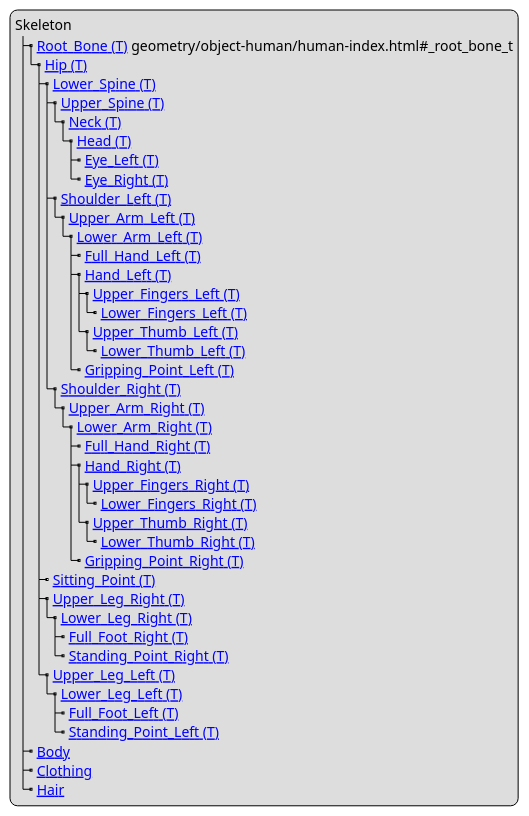
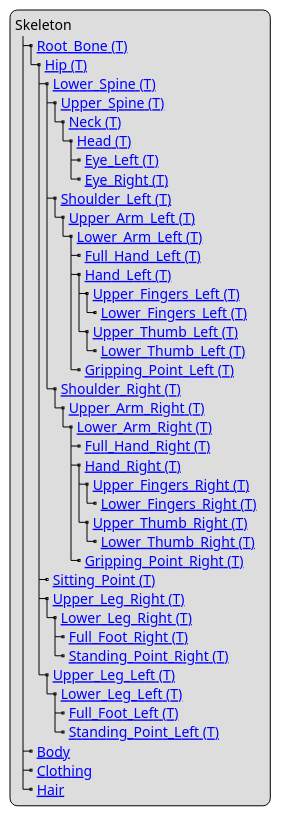
The diagram in content/geometry/object-human/human-model-structure.adoc (FKlopfer/OpenMATERIAL), drawn with PlantUML before and after one commit. The commit also changed 6 other files, not shown here.

```diff
--- a/content/geometry/object-human/human-model-structure.adoc
+++ b/content/geometry/object-human/human-model-structure.adoc
@@ -5,46 +5,46 @@
 [plantuml]
 ----
 legend
 Skeleton
-|_ [[../geometry/object-human/human-index.html#_root_bone_t Root_Bone (T)]] geometry/object-human/human-index.html#_root_bone_t
+|_ [[../geometry/object-human/human-index.html#_root_bone_t Root_Bone (T)]]
   |_ [[../geometry/object-human/human-index.html#_hip_t Hip (T)]]
     |_ [[../geometry/object-human/human-index.html#_lower_spine_t Lower_Spine (T)]]
       |_ [[../geometry/object-human/human-index.html#_upper_spine_t Upper_Spine (T)]]
         |_ [[../geometry/object-human/human-index.html#_neck_t Neck (T)]]
           |_ [[../geometry/object-human/human-index.html#_head_t Head (T)]]
             |_ [[../geometry/object-human/human-index.html#_eye_left_t Eye_Left (T)]]
             |_ [[../geometry/object-human/human-index.html#_eye_right_t Eye_Right (T)]]
       |_ [[../geometry/object-human/human-index.html#_shoulder_left_t Shoulder_Left (T)]]
         |_ [[../geometry/object-human/human-index.html#_upper_arm_left_t Upper_Arm_Left (T)]]
           |_ [[../geometry/object-human/human-index.html#_lower_arm_left_t Lower_Arm_Left (T)]]
             |_ [[../geometry/object-human/human-index.html#_full_hand_left_t Full_Hand_Left (T)]]
             |_ [[../geometry/object-human/human-index.html#_hand_left_t Hand_Left (T)]]
               |_ [[../geometry/object-human/human-index.html#_upper_fingers_left_t Upper_Fingers_Left (T)]]
                 |_ [[../geometry/object-human/human-index.html#_lower_fingers_left_t Lower_Fingers_Left (T)]]
               |_ [[../geometry/object-human/human-index.html#_upper_thumb_left_t Upper_Thumb_Left (T)]]
                 |_ [[../geometry/object-human/human-index.html#_lower_thumb_left_t Lower_Thumb_Left (T)]]
             |_ [[../geometry/object-human/human-index.html#_gripping_point_left_t Gripping_Point_Left (T)]]
       |_ [[../geometry/object-human/human-index.html#_shoulder_right_t Shoulder_Right (T)]]
         |_ [[../geometry/object-human/human-index.html#_upper_arm_right_t Upper_Arm_Right (T)]]
           |_ [[../geometry/object-human/human-index.html#_lower_arm_right_t Lower_Arm_Right (T)]]
             |_ [[../geometry/object-human/human-index.html#_full_hand_right_t Full_Hand_Right (T)]]
             |_ [[../geometry/object-human/human-index.html#_hand_right_t Hand_Right (T)]]
               |_ [[../geometry/object-human/human-index.html#_hand_right_t Upper_Fingers_Right (T)]]
                 |_ [[../geometry/object-human/human-index.html#_lower_fingers_right_t Lower_Fingers_Right (T)]]
               |_ [[../geometry/object-human/human-index.html#_upper_thumb_right_t Upper_Thumb_Right (T)]]
                 |_ [[../geometry/object-human/human-index.html#_lower_thumb_right_t Lower_Thumb_Right (T)]]
             |_ [[../geometry/object-human/human-index.html#_gripping_point_right_t Gripping_Point_Right (T)]]      
     |_ [[../geometry/object-human/human-index.html#_sitting_point_t Sitting_Point (T)]]
     |_ [[../geometry/object-human/human-index.html#_upper_leg_right_t Upper_Leg_Right (T)]]
       |_ [[../geometry/object-human/human-index.html#_lower_leg_right_t Lower_Leg_Right (T)]]
         |_ [[../geometry/object-human/human-index.html#_full_foot_right_t Full_Foot_Right (T)]]
         |_ [[../geometry/object-human/human-index.html#_standing_point_right_t Standing_Point_Right (T)]]
     |_ [[../geometry/object-human/human-index.html#_upper_leg_left_t Upper_Leg_Left (T)]]
       |_ [[../geometry/object-human/human-index.html#_lower_leg_left_t Lower_Leg_Left (T)]]
         |_ [[../geometry/object-human/human-index.html#_full_foot_left_t Full_Foot_Left (T)]]
         |_ [[../geometry/object-human/human-index.html#_standing_point_left_t Standing_Point_Left (T)]]
 |_ [[../geometry/object-human/human-index.html#_body Body]]
 |_ [[../geometry/object-human/human-index.html#_clothing Clothing]]
 |_ [[../geometry/object-human/human-index.html#_hair Hair]]
 end legend
 ----
```
